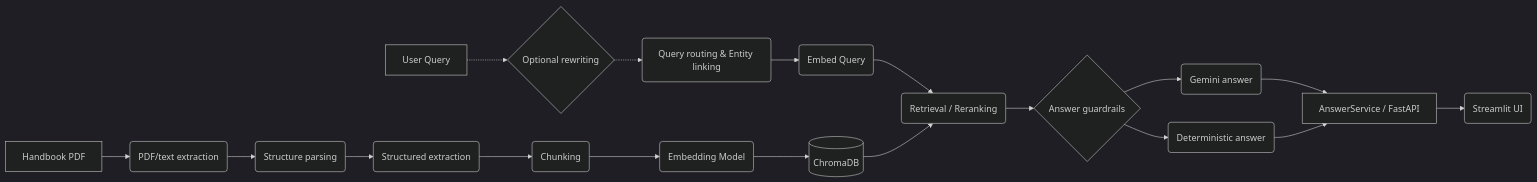
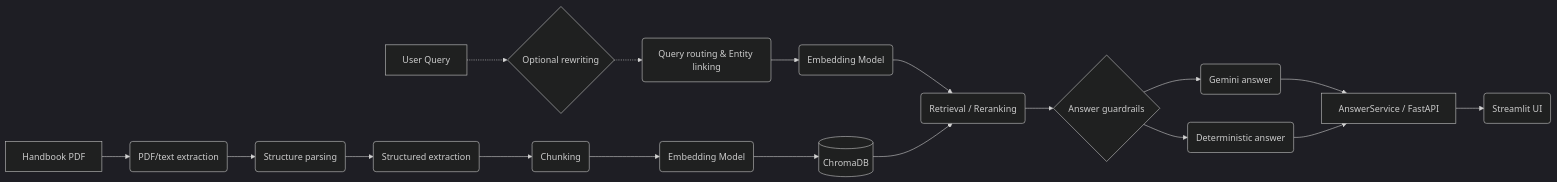
Before and after one commit to AnhPhiNe/student-handbook-rag-chatbot: the diagram in README.md, drawn with Mermaid (dark theme).

Commit message:
docs: align architecture diagram with standard Advanced RAG terminology

````diff
--- a/README.md
+++ b/README.md
@@ -43,23 +43,23 @@
 ```mermaid
 graph LR
     %% Ingestion Pipeline
     A[Handbook PDF] --> B(PDF/text extraction)
     B --> C(Structure parsing)
     C --> D(Structured extraction)
     D --> E(Chunking)
     E --> V(Embedding Model)
     V --> F[(ChromaDB)]
 
     %% Inference Pipeline
     Q[User Query] -.-> G{Optional rewriting}
     G -.-> H(Query routing & Entity linking)
-    H --> E2(Embed Query)
+    H --> E2(Embedding Model)
     E2 --> I(Retrieval / Reranking)
     F --> I
     I --> J{Answer guardrails}
     J --> K(Gemini answer)
     J --> L(Deterministic answer)
     K --> M[AnswerService / FastAPI]
     L --> M
     M --> N(Streamlit UI)
 ```
````
